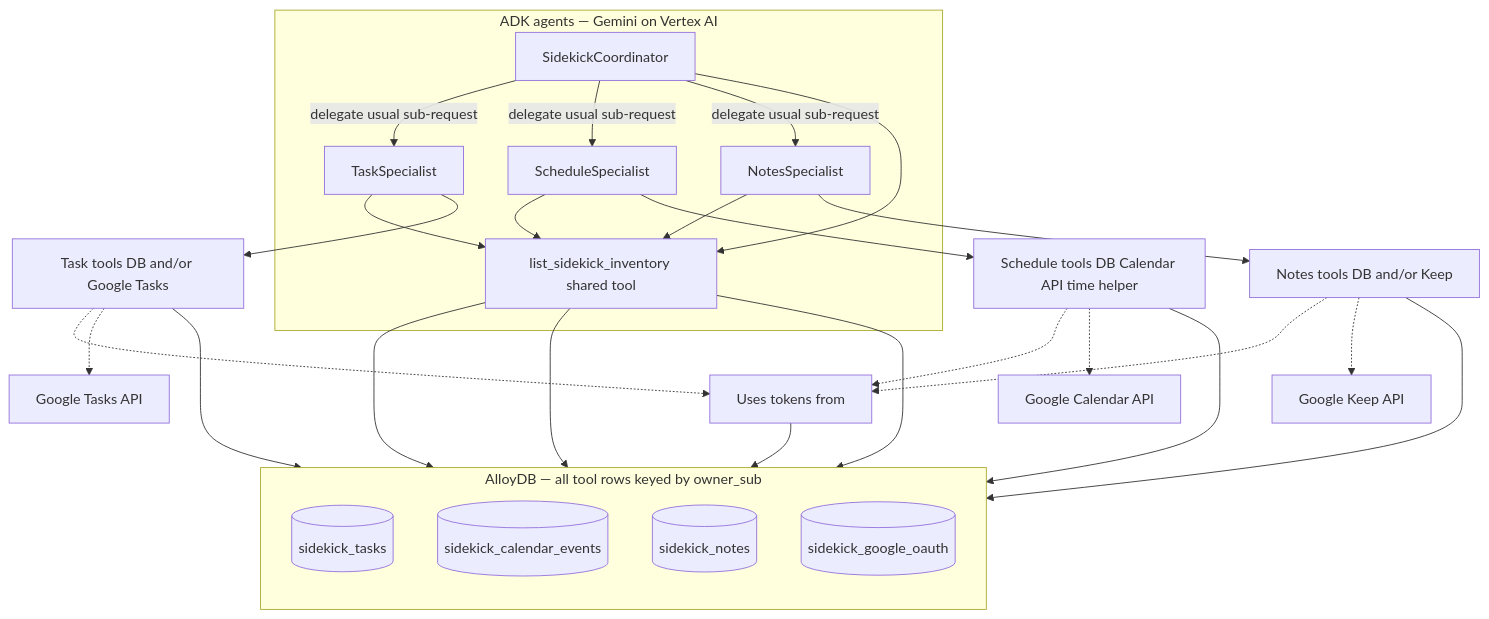
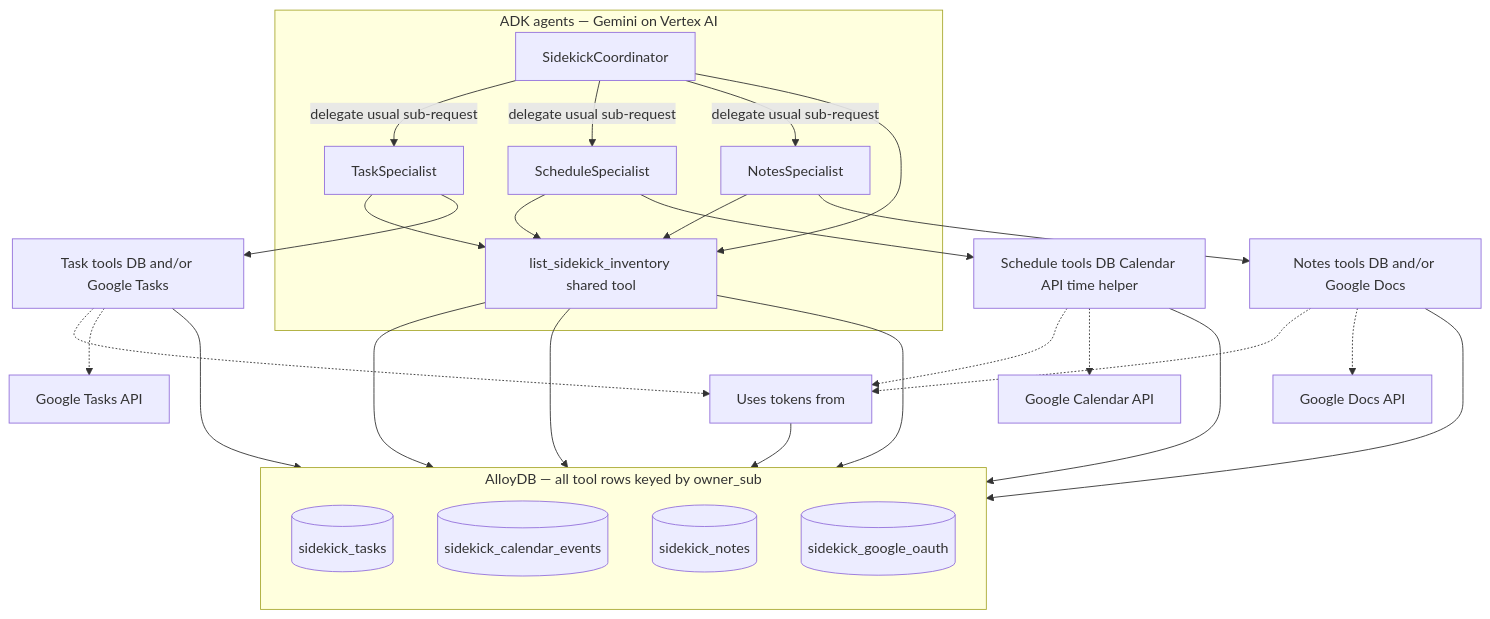
Before and after one commit to bolleyboll/h2s-google-genai-apac-cohort1-final: the seventh of 10 diagrams in README.md, drawn with Mermaid. The commit also changed other lines of this file and 70 other files, not shown here.

````diff
--- a/README.md
+++ b/README.md
@@ -312,44 +338,44 @@
 ```mermaid
 flowchart TB
   subgraph Agents["ADK agents — Gemini on Vertex AI"]
     Coordinator[SidekickCoordinator]
     TaskSpec[TaskSpecialist]
     SchedSpec[ScheduleSpecialist]
     NotesSpec[NotesSpecialist]
     InvTool[list_sidekick_inventory shared tool]
     Coordinator -->|delegate usual sub-request| TaskSpec
     Coordinator -->|delegate usual sub-request| SchedSpec
     Coordinator -->|delegate usual sub-request| NotesSpec
     Coordinator --> InvTool
     TaskSpec --> InvTool
     SchedSpec --> InvTool
     NotesSpec --> InvTool
   end
 
   TaskSpec --> TT[Task tools DB and/or Google Tasks]
   SchedSpec --> ST[Schedule tools DB Calendar API time helper]
-  NotesSpec --> NT[Notes tools DB and/or Keep]
+  NotesSpec --> NT[Notes tools DB and/or Google Docs]
 
   subgraph AlloyDB["AlloyDB — all tool rows keyed by owner_sub"]
     direction TB
     TB[(sidekick_tasks)]
     CB[(sidekick_calendar_events)]
     NB[(sidekick_notes)]
     OB[(sidekick_google_oauth)]
   end
 
   TT --> TB
   ST --> CB
   NT --> NB
   InvTool --> TB
   InvTool --> CB
   InvTool --> NB
   TT -.-> OAuthUse[Uses tokens from]
   ST -.-> OAuthUse
   NT -.-> OAuthUse
   OAuthUse --> OB
 
   TT -.-> GTasks[Google Tasks API]
   ST -.-> GCal[Google Calendar API]
-  NT -.-> GKeep[Google Keep API]
+  NT -.-> GDocs[Google Docs API]
 ```
````
